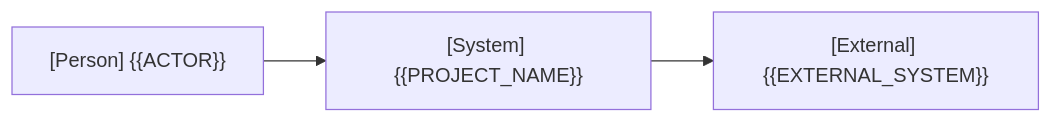
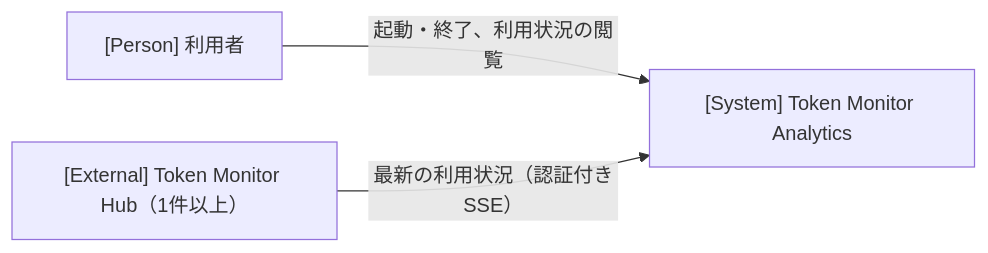
One commit to nuitsjp/multi-token-monitor changed the diagram in docs/architecture.md. Above: the diagram before and after it, drawn with Mermaid. The commit also changed other lines of this file and 4 other files, not shown here.

````diff
--- a/docs/architecture.md
+++ b/docs/architecture.md
@@ -9,7 +7,8 @@
 ```mermaid
 flowchart LR
-  user["[Person] {{ACTOR}}"]
-  system["[System] {{PROJECT_NAME}}"]
-  external["[External] {{EXTERNAL_SYSTEM}}"]
-  user --> system --> external
+  user["[Person] 利用者"]
+  system["[System] Token Monitor Analytics"]
+  hub["[External] Token Monitor Hub（1件以上）"]
+  user -->|"起動・終了、利用状況の閲覧"| system
+  hub -->|"最新の利用状況（認証付きSSE）"| system
 ```
````
